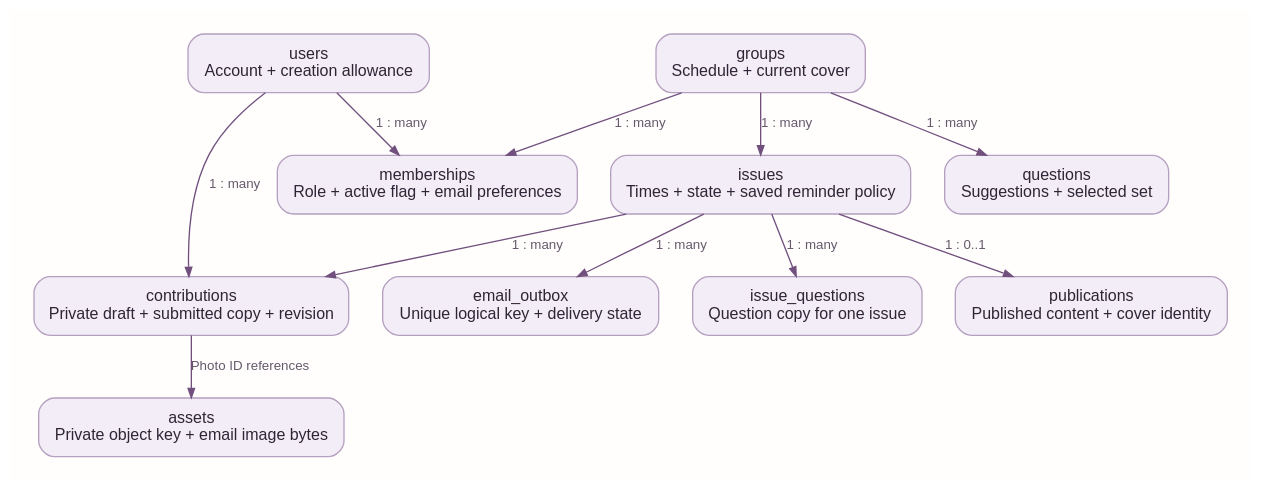
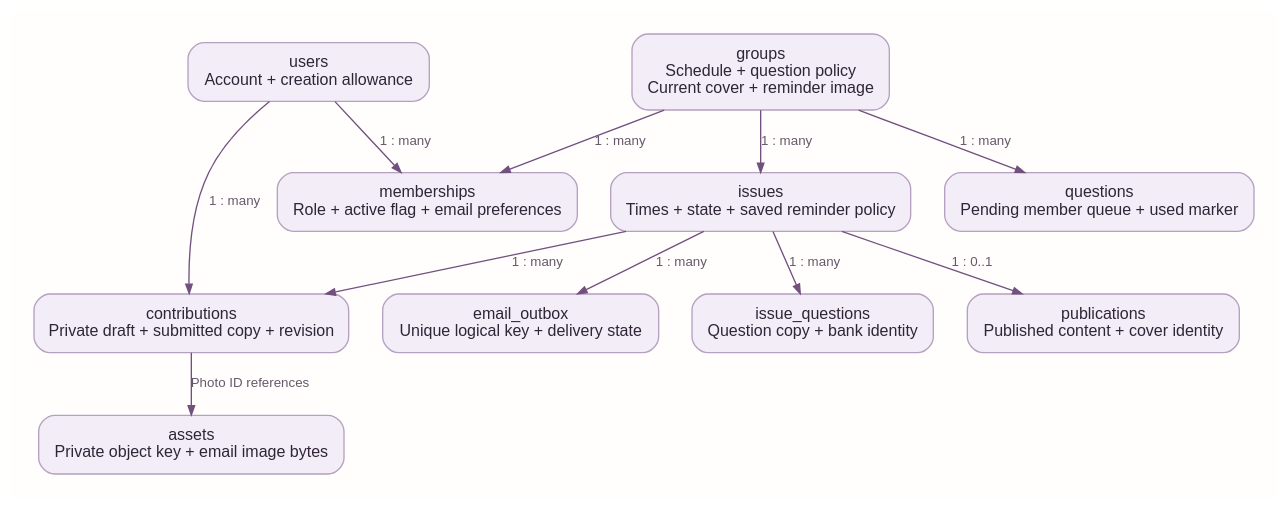
Before and after one commit to bassimeledath/betterloop: the diagram in docs/architecture/data.dot, drawn with Graphviz. The commit also changed 8 other files, not shown here.

Commit message:
Update architecture and diagrams for question cycles and reminder images

```diff
--- a/docs/architecture/data.dot
+++ b/docs/architecture/data.dot
@@ -1,33 +1,34 @@
 digraph architecture {
 graph [bgcolor="#fffefd",pad="0.25",nodesep="0.35",ranksep="0.5",fontname="Arial"];
 node [shape=box,style="rounded,filled",fillcolor="#f2edf6",color="#b5a0c0",fontname="Arial",fontsize=12,margin="0.16,0.12",fontcolor="#302536"];
 edge [fontname="Arial",fontsize=10,color="#71507e",fontcolor="#65596b",arrowsize=0.7];
 rankdir=TB;
  users [label="users
 Account + creation allowance"];
  memberships [label="memberships
 Role + active flag + email preferences"];
  groups [label="groups
-Schedule + current cover"];
+Schedule + question policy
+Current cover + reminder image"];
  questions [label="questions
-Suggestions + selected set"];
+Pending member queue + used marker"];
  issues [label="issues
 Times + state + saved reminder policy"];
  iq [label="issue_questions
-Question copy for one issue"];
+Question copy + bank identity"];
  contributions [label="contributions
 Private draft + submitted copy + revision"];
  publications [label="publications
 Published content + cover identity"];
  assets [label="assets
 Private object key + email image bytes"];
  outbox [label="email_outbox
 Unique logical key + delivery state"];
  users -> memberships [label="1 : many"]; groups -> memberships [label="1 : many"];
  groups -> questions [label="1 : many"]; groups -> issues [label="1 : many"];
  issues -> iq [label="1 : many"]; issues -> contributions [label="1 : many"];
  users -> contributions [label="1 : many"]; issues -> publications [label="1 : 0..1"];
  contributions -> assets [label="Photo ID references"];
  issues -> outbox [label="1 : many"];
  
 }
```
